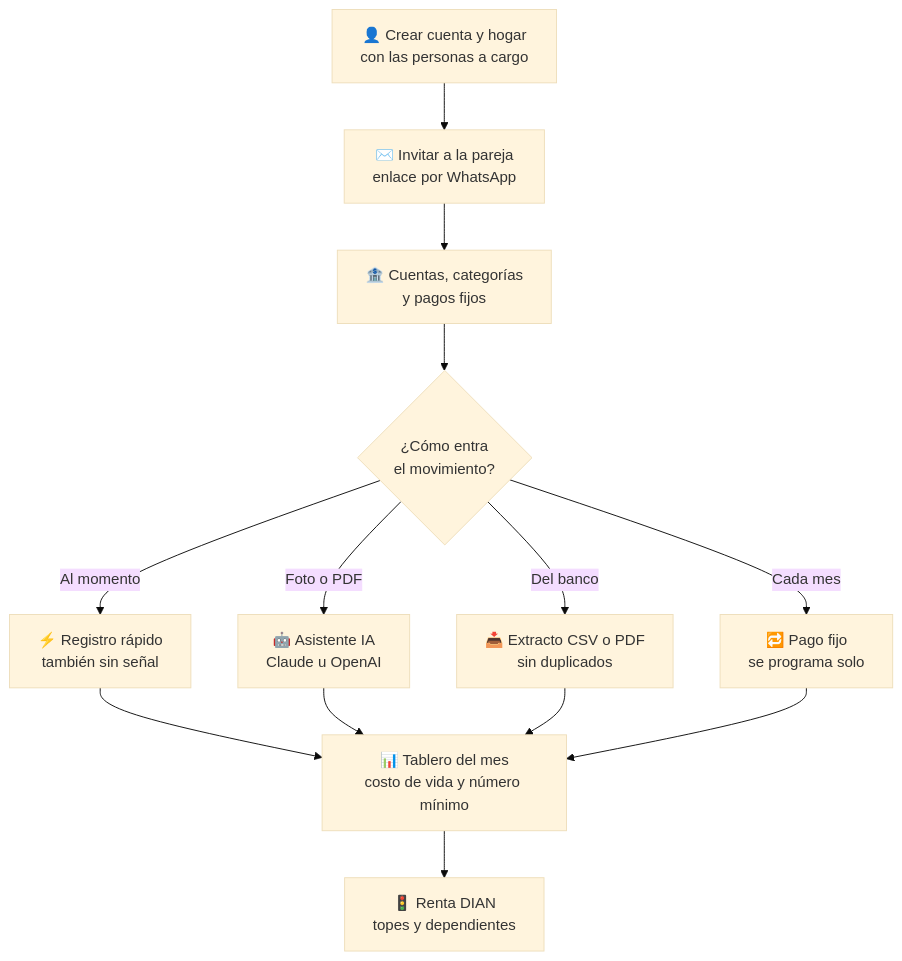
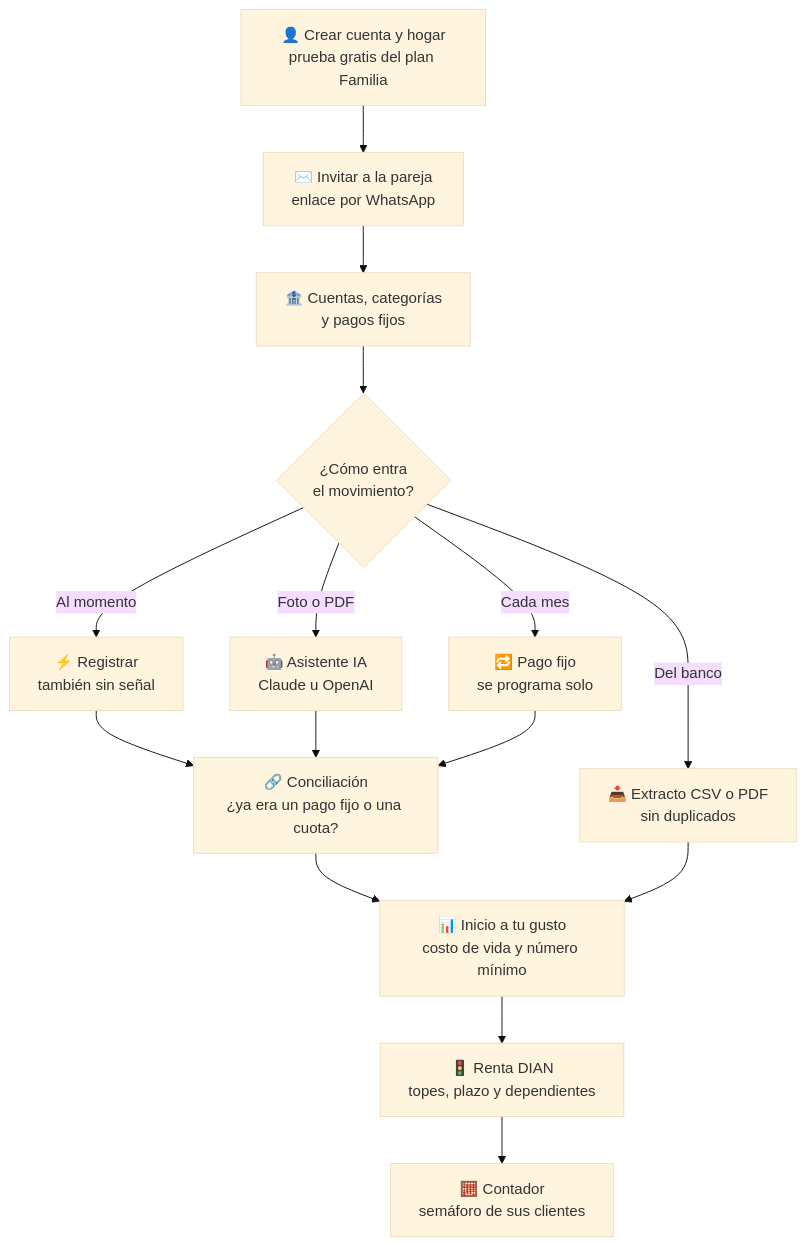
One commit to Jaider45/My-House changed the first of 2 diagrams in README.md. Above: the diagram before and after it, drawn with Mermaid (base theme). The commit also changed other lines of this file and 7 other files, not shown here.

Commit message:
README de la rama: pagos sin duplicar, Inicio personalizable y capturas

````diff
--- a/README.md
+++ b/README.md
@@ -153,15 +292,19 @@
 ```mermaid
 flowchart TD
-    A["👤 Crear cuenta y hogar<br/>con las personas a cargo"] --> B["✉️ Invitar a la pareja<br/>enlace por WhatsApp"]
+    A["👤 Crear cuenta y hogar<br/>prueba gratis del plan Familia"] --> B["✉️ Invitar a la pareja<br/>enlace por WhatsApp"]
     B --> C["🏦 Cuentas, categorías<br/>y pagos fijos"]
     C --> D{"¿Cómo entra<br/>el movimiento?"}
-    D -- "Al momento" --> E["⚡ Registro rápido<br/>también sin señal"]
+    D -- "Al momento" --> E["⚡ Registrar<br/>también sin señal"]
     D -- "Foto o PDF" --> F["🤖 Asistente IA<br/>Claude u OpenAI"]
     D -- "Del banco" --> G["📥 Extracto CSV o PDF<br/>sin duplicados"]
     D -- "Cada mes" --> H["🔁 Pago fijo<br/>se programa solo"]
-    E --> I["📊 Tablero del mes<br/>costo de vida y número mínimo"]
-    F --> I
+
+    E --> K["🔗 Conciliación<br/>¿ya era un pago fijo o una cuota?"]
+    F --> K
+    H --> K
+    K --> I["📊 Inicio a tu gusto<br/>costo de vida y número mínimo"]
     G --> I
-    H --> I
-    I --> J["🚦 Renta DIAN<br/>topes y dependientes"]
+
+    I --> J["🚦 Renta DIAN<br/>topes, plazo y dependientes"]
+    J --> L["🧮 Contador<br/>semáforo de sus clientes"]
 ```
````
